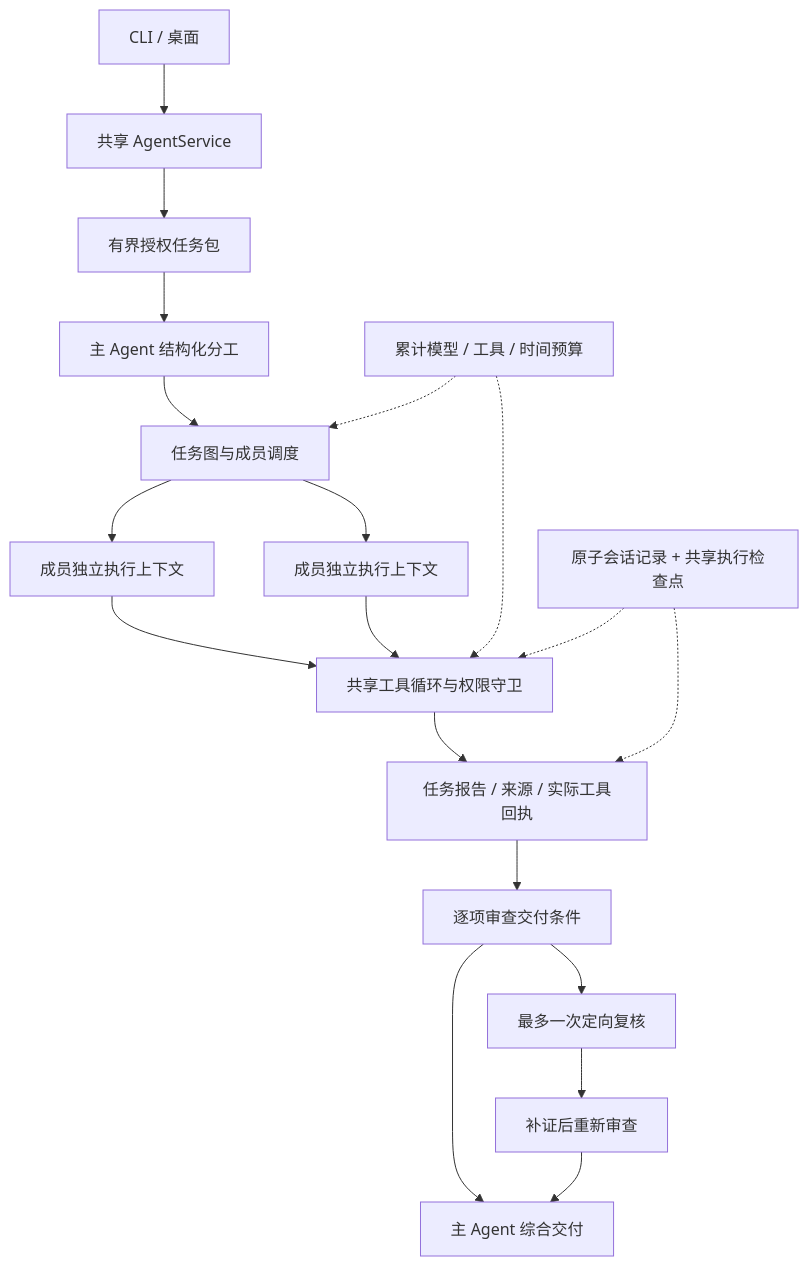
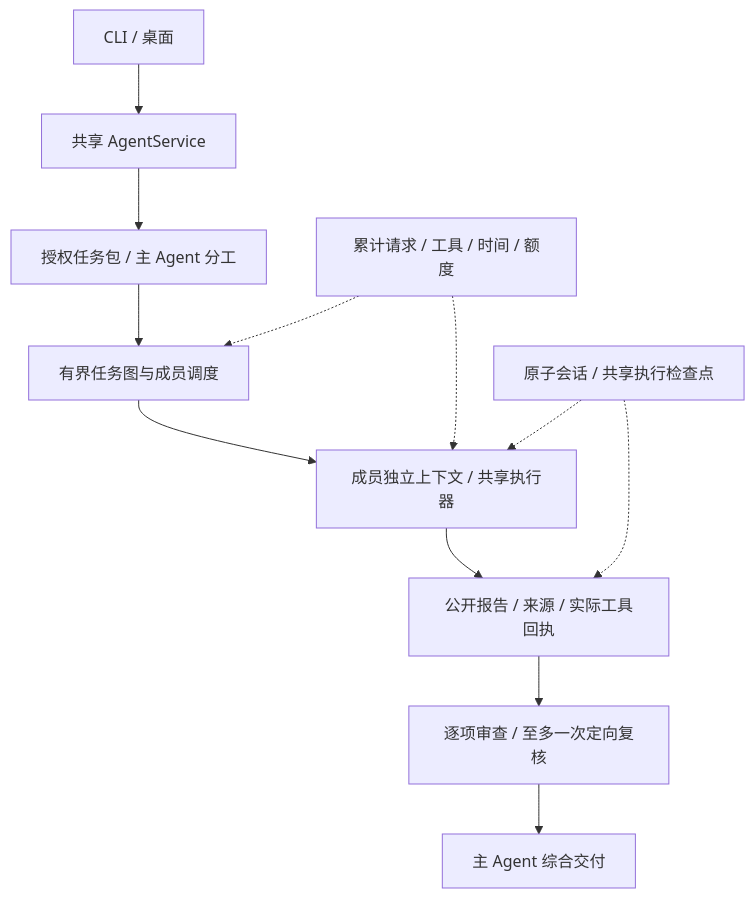
Before and after one commit to muzigef/zhixing: the diagram in docs/agent-team-kernel.md, drawn with Mermaid. The commit also changed other lines of this file and 135 other files, not shown here.

````diff
--- a/docs/agent-team-kernel.md
+++ b/docs/agent-team-kernel.md
@@ -11,21 +12,14 @@
 ```mermaid
 flowchart TD
-    UI[CLI / 桌面] --> Service[共享 AgentService]
-    Service --> Packet[有界授权任务包]
-    Packet --> Plan[主 Agent 结构化分工]
-    Plan --> Graph[任务图与成员调度]
-    Graph --> A[成员独立执行上下文]
-    Graph --> B[成员独立执行上下文]
-    A --> Runtime[共享工具循环与权限守卫]
-    B --> Runtime
-    Runtime --> Records[任务报告 / 来源 / 实际工具回执]
-    Records --> Review[逐项审查交付条件]
-    Review --> Follow[最多一次定向复核]
-    Follow --> Recheck[补证后重新审查]
-    Review --> Merge[主 Agent 综合交付]
-    Recheck --> Merge
-    Budget[累计模型 / 工具 / 时间预算] -.-> Graph
-    Budget -.-> Runtime
-    Store[原子会话记录 + 共享执行检查点] -.-> Records
-    Store -.-> Runtime
+  UI[CLI / 桌面] --> Service[共享 AgentService]
+  Service --> Plan[授权任务包 / 主 Agent 分工]
+  Plan --> Graph[有界任务图与成员调度]
+  Graph --> Member[成员独立上下文 / 共享执行器]
+  Member --> Records[公开报告 / 来源 / 实际工具回执]
+  Records --> Review[逐项审查 / 至多一次定向复核]
+  Review --> Merge[主 Agent 综合交付]
+  Budget[累计请求 / 工具 / 时间 / 额度] -.-> Graph
+  Budget -.-> Member
+  Store[原子会话 / 共享执行检查点] -.-> Records
+  Store -.-> Member
 ```
````
